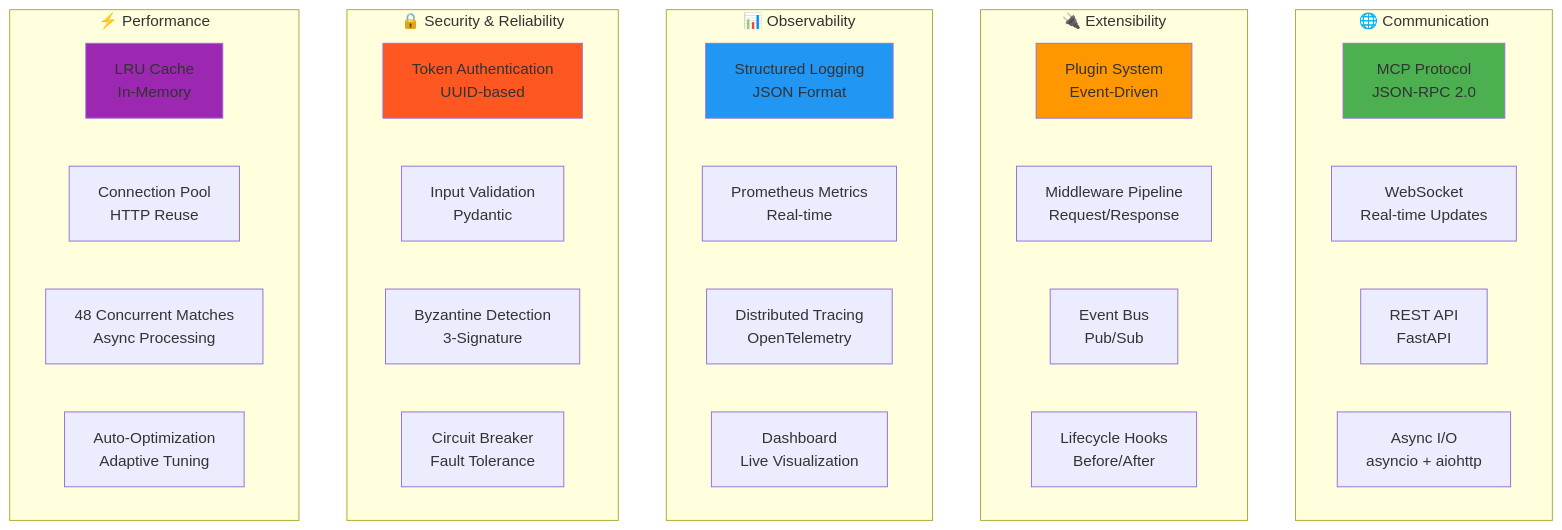
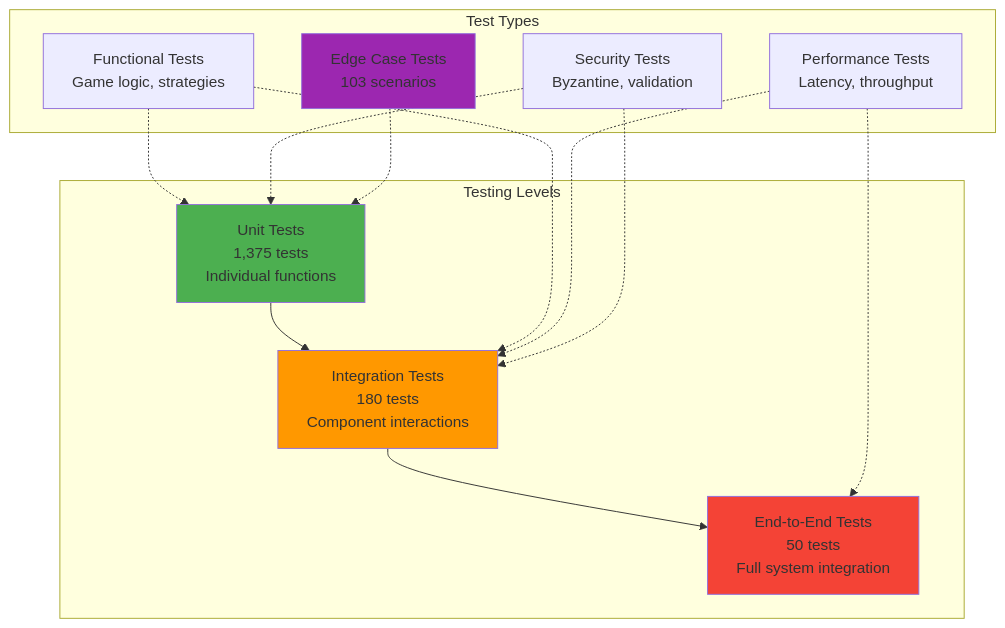
Diagram 12 of 18 in README.md (fouada/Assignment7_mcp-multi-agent-game), drawn with Mermaid before and after one commit. The commit also changed other lines of this file and 3 other files, not shown here.

````diff
--- a/README.md
+++ b/README.md
@@ -620,43 +729,31 @@
 ```mermaid
 graph TB
-    subgraph "🌐 Communication"
-        MCP[MCP Protocol<br/>JSON-RPC 2.0]
-        WS[WebSocket<br/>Real-time Updates]
-        REST[REST API<br/>FastAPI]
-        ASYNC[Async I/O<br/>asyncio + aiohttp]
-    end
-    
-    subgraph "🔌 Extensibility"
-        PLUGINS[Plugin System<br/>Event-Driven]
-        MIDDLEWARE[Middleware Pipeline<br/>Request/Response]
-        EVENTS[Event Bus<br/>Pub/Sub]
-        HOOKS[Lifecycle Hooks<br/>Before/After]
-    end
-    
-    subgraph "📊 Observability"
-        LOGS[Structured Logging<br/>JSON Format]
-        METRICS[Prometheus Metrics<br/>Real-time]
-        TRACES[Distributed Tracing<br/>OpenTelemetry]
-        DASH[Dashboard<br/>Live Visualization]
-    end
-    
-    subgraph "🔒 Security & Reliability"
-        AUTH[Token Authentication<br/>UUID-based]
-        VALIDATE[Input Validation<br/>Pydantic]
-        BYZANTINE[Byzantine Detection<br/>3-Signature]
-        CIRCUIT[Circuit Breaker<br/>Fault Tolerance]
-    end
-    
-    subgraph "⚡ Performance"
-        CACHE[LRU Cache<br/>In-Memory]
-        POOL[Connection Pool<br/>HTTP Reuse]
-        CONCURRENT[48 Concurrent Matches<br/>Async Processing]
-        OPTIMIZE[Auto-Optimization<br/>Adaptive Tuning]
+    subgraph "Testing Levels"
+        E2E[End-to-End Tests<br/>50 tests<br/>Full system integration]
+        INT[Integration Tests<br/>180 tests<br/>Component interactions]
+        UNIT[Unit Tests<br/>1,375 tests<br/>Individual functions]
     end
 
-    style MCP fill:#4CAF50
-    style PLUGINS fill:#FF9800
-    style LOGS fill:#2196F3
-    style AUTH fill:#FF5722
-    style CACHE fill:#9C27B0
+    subgraph "Test Types"
+        FUNC[Functional Tests<br/>Game logic, strategies]
+        PERF[Performance Tests<br/>Latency, throughput]
+        SEC[Security Tests<br/>Byzantine, validation]
+        EDGE[Edge Case Tests<br/>103 scenarios]
+    end
+
+    UNIT --> INT
+    INT --> E2E
+    
+    FUNC -.-> UNIT
+    FUNC -.-> INT
+    PERF -.-> INT
+    PERF -.-> E2E
+    SEC -.-> UNIT
+    SEC -.-> INT
+    EDGE -.-> UNIT
+
+    style E2E fill:#F44336
+    style INT fill:#FF9800
+    style UNIT fill:#4CAF50
+    style EDGE fill:#9C27B0
 ```
````
